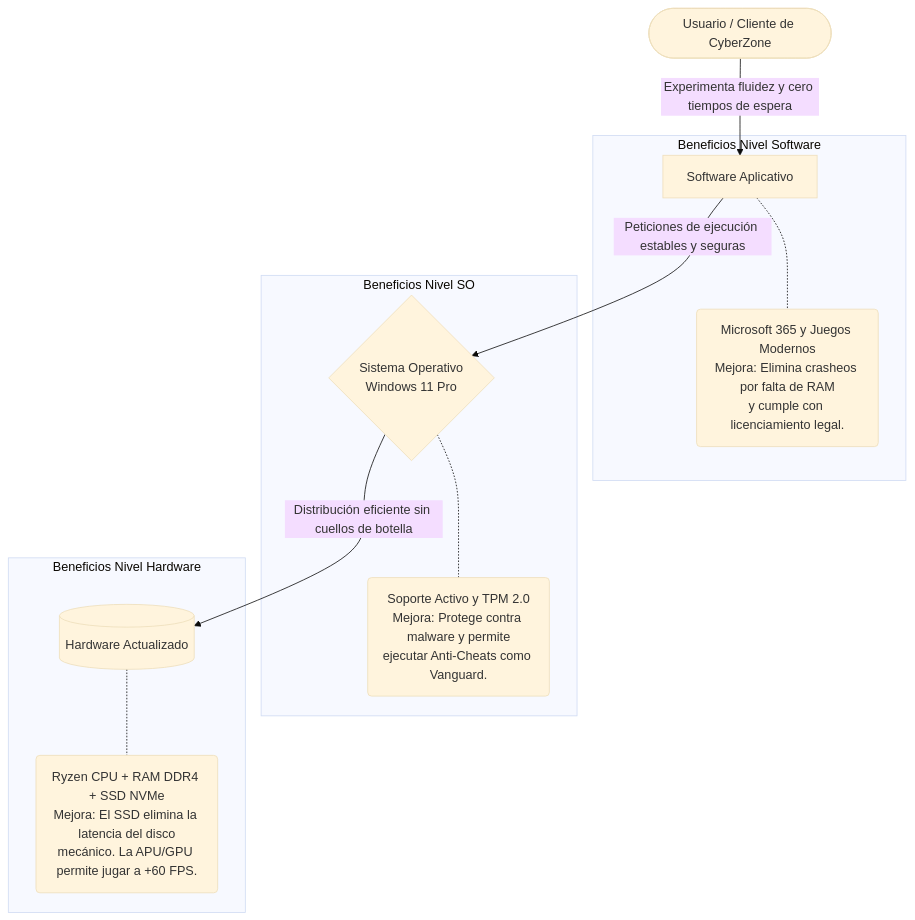
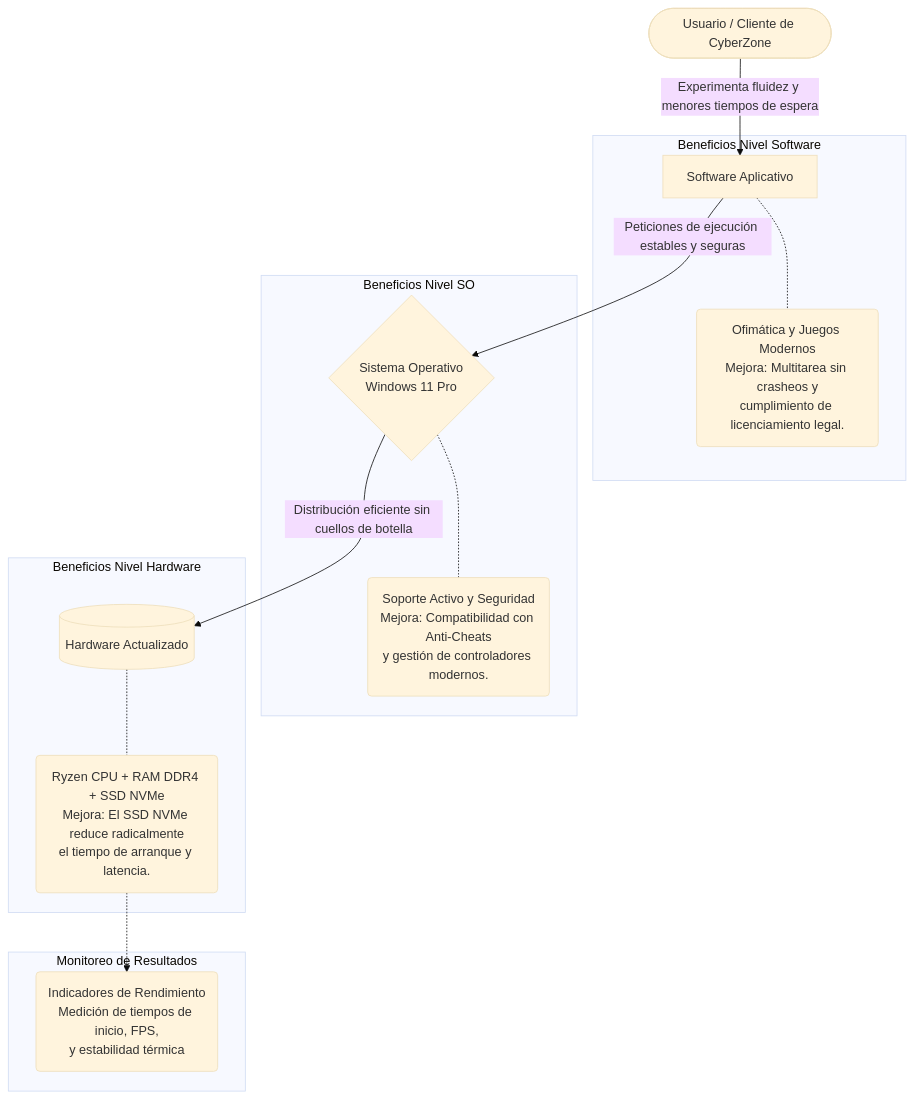
The diagram in README.md (samuelbarrios99/ABP-PLATAFORMA-HARD-Y-SOFT-), drawn with Mermaid (base theme) before and after one commit.

Commit message:
Revise flowchart and add performance monitoring section
Updated flowchart to reflect improved user experience and added monitoring results section.

````diff
--- a/README.md
+++ b/README.md
@@ -1,18 +1,22 @@
 ```mermaid
 flowchart TD
-    A([Usuario / Cliente de CyberZone]) -->|Experimenta fluidez y cero tiempos de espera| B[Software Aplicativo]
+    A([Usuario / Cliente de CyberZone]) -->|Experimenta fluidez y menores tiempos de espera| B[Software Aplicativo]
     B -->|Peticiones de ejecución estables y seguras| C{Sistema Operativo\nWindows 11 Pro}
     C -->|Distribución eficiente sin cuellos de botella| D[(Hardware Actualizado)]
 
     subgraph Beneficios Nivel Software
-    B -.- B1(Microsoft 365 y Juegos Modernos\nMejora: Elimina crasheos por falta de RAM\ny cumple con licenciamiento legal.)
+    B -.- B1(Ofimática y Juegos Modernos\nMejora: Multitarea sin crasheos y\ncumplimiento de licenciamiento legal.)
     end
 
     subgraph Beneficios Nivel SO
-    C -.- C1(Soporte Activo y TPM 2.0\nMejora: Protege contra malware y permite\nejecutar Anti-Cheats como Vanguard.)
+    C -.- C1(Soporte Activo y Seguridad\nMejora: Compatibilidad con Anti-Cheats\ny gestión de controladores modernos.)
     end
 
     subgraph Beneficios Nivel Hardware
-    D -.- D1(Ryzen CPU + RAM DDR4 + SSD NVMe\nMejora: El SSD elimina la latencia del disco\nmecánico. La APU/GPU permite jugar a +60 FPS.)
+    D -.- D1(Ryzen CPU + RAM DDR4 + SSD NVMe\nMejora: El SSD NVMe reduce radicalmente\nel tiempo de arranque y latencia.)
     end
-``` 
+    
+    subgraph Monitoreo de Resultados
+    D1 -.-> E(Indicadores de Rendimiento\nMedición de tiempos de inicio, FPS,\ny estabilidad térmica)
+    end
+```
````
